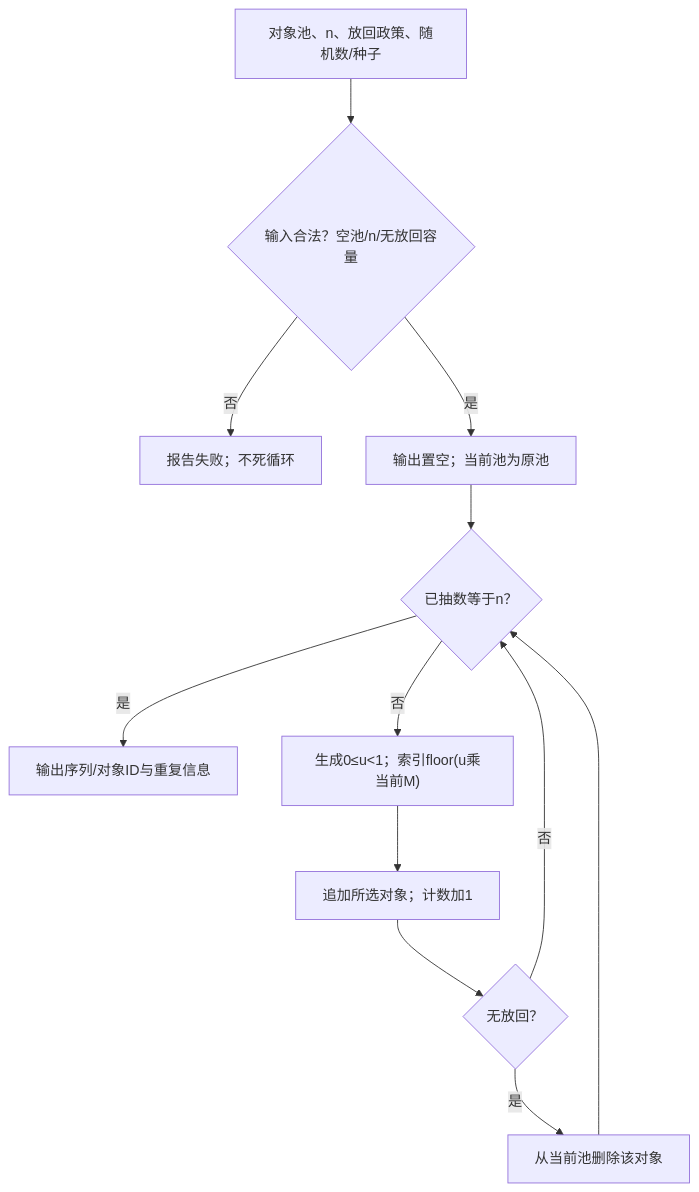
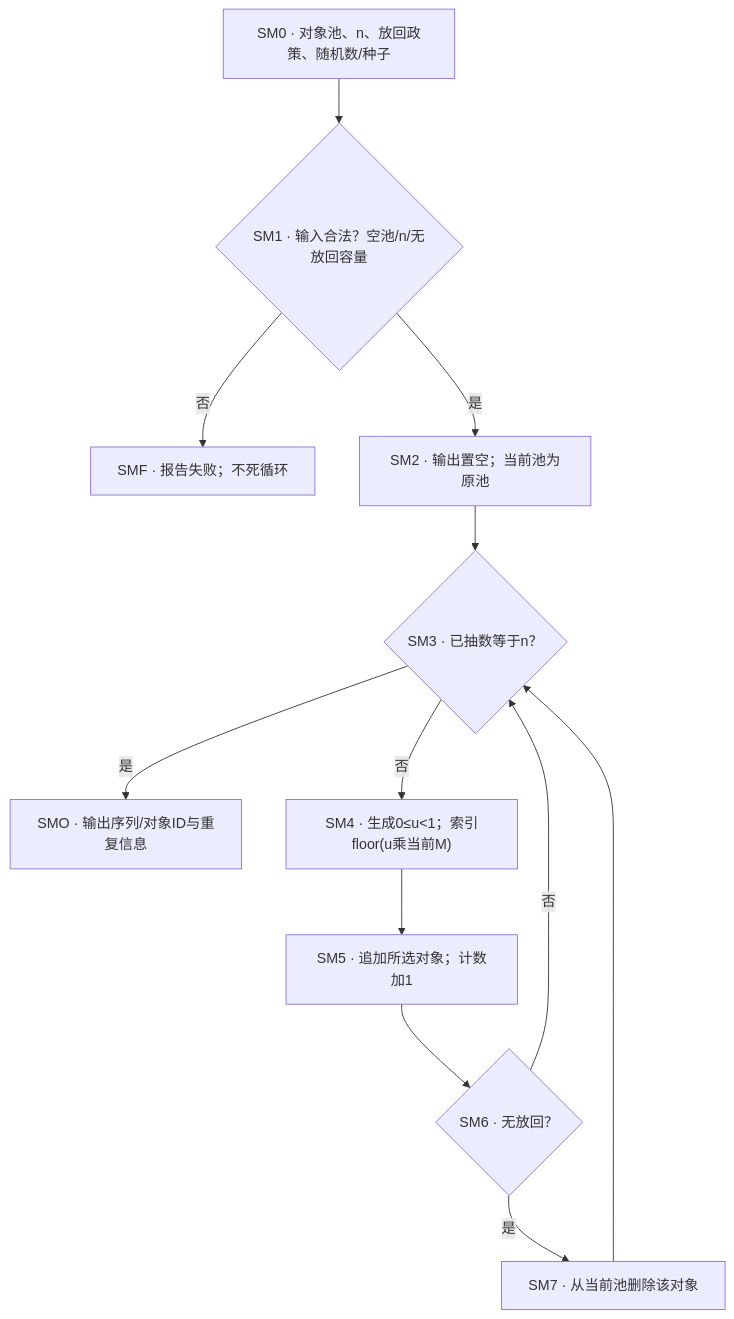
Diagram 13 of 20 in IS6400_Business_Data_Analytics/notes/M03-数据类型与描述性分析.md (CercaTrovato/cityu-ai-course-notes), drawn with Mermaid before and after one commit. The commit also changed other lines of this file and 40 other files, not shown here.

First line of the commit message:
完成 IS6400 M03 全篇审修、原题图保真与适用同步

````diff
--- a/IS6400_Business_Data_Analytics/notes/M03-数据类型与描述性分析.md
+++ b/IS6400_Business_Data_Analytics/notes/M03-数据类型与描述性分析.md
@@ -3466,14 +3818,14 @@
 ```mermaid
 flowchart TD
-    SM0["对象池、n、放回政策、随机数/种子"] --> SM1{"输入合法？空池/n/无放回容量"}
-    SM1 -->|否| SMF["报告失败；不死循环"]
-    SM1 -->|是| SM2["输出置空；当前池为原池"]
-    SM2 --> SM3{"已抽数等于n？"}
-    SM3 -->|是| SMO["输出序列/对象ID与重复信息"]
-    SM3 -->|否| SM4["生成0≤u<1；索引floor(u乘当前M)"]
-    SM4 --> SM5["追加所选对象；计数加1"]
-    SM5 --> SM6{"无放回？"}
-    SM6 -->|是| SM7["从当前池删除该对象"]
+    SM0["SM0 · 对象池、n、放回政策、随机数/种子"] --> SM1{"SM1 · 输入合法？空池/n/无放回容量"}
+    SM1 -->|否| SMF["SMF · 报告失败；不死循环"]
+    SM1 -->|是| SM2["SM2 · 输出置空；当前池为原池"]
+    SM2 --> SM3{"SM3 · 已抽数等于n？"}
+    SM3 -->|是| SMO["SMO · 输出序列/对象ID与重复信息"]
+    SM3 -->|否| SM4["SM4 · 生成0≤u<1；索引floor(u乘当前M)"]
+    SM4 --> SM5["SM5 · 追加所选对象；计数加1"]
+    SM5 --> SM6{"SM6 · 无放回？"}
+    SM6 -->|是| SM7["SM7 · 从当前池删除该对象"]
     SM6 -->|否| SM3
     SM7 --> SM3
 ```
````
